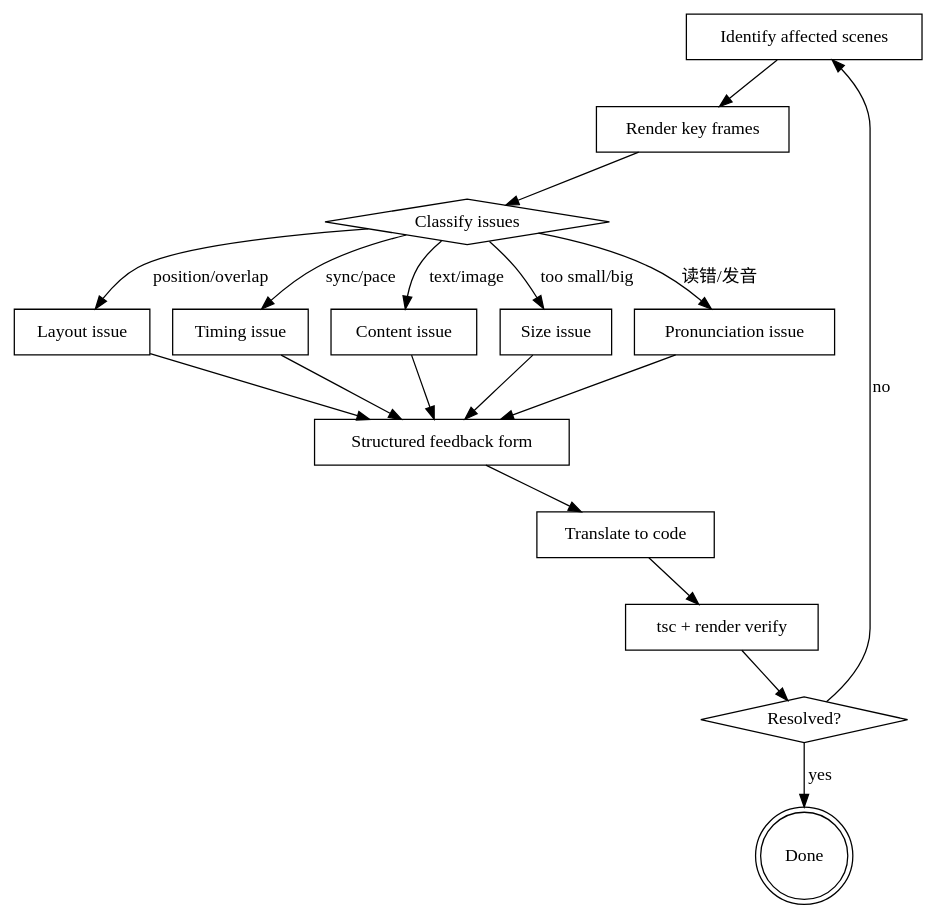
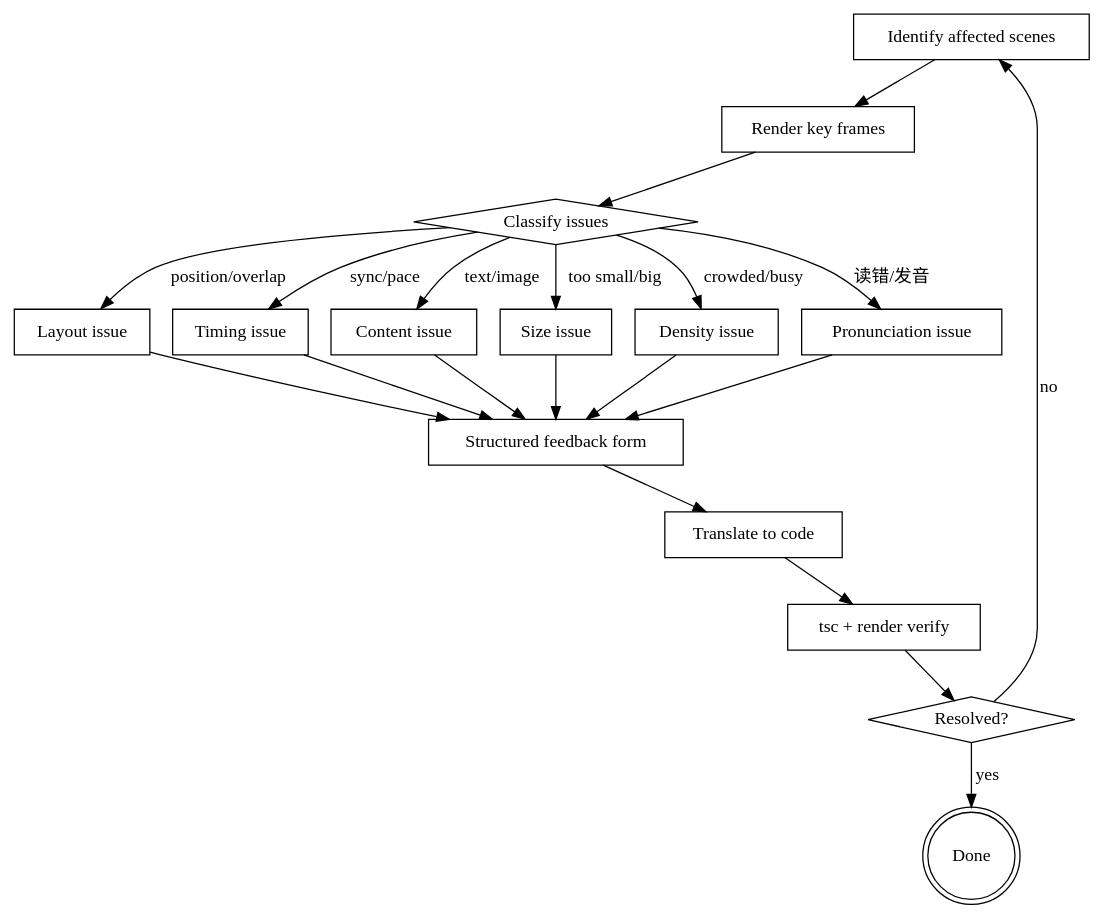
Before and after one commit to zhushanwen321/useful-dev-tools: the diagram in claude-code-tool/skills/remotion-video-review/SKILL.md, drawn with Graphviz. The commit also changed other lines of this file and 5 other files, not shown here.

````diff
--- a/claude-code-tool/skills/remotion-video-review/SKILL.md
+++ b/claude-code-tool/skills/remotion-video-review/SKILL.md
@@ -30,36 +32,39 @@
 ```dot
 digraph review {
     rankdir=TB;
     "Identify affected scenes" [shape=box];
     "Render key frames" [shape=box];
     "Classify issues" [shape=diamond];
     "Layout issue" [shape=box];
     "Timing issue" [shape=box];
     "Content issue" [shape=box];
     "Size issue" [shape=box];
+    "Density issue" [shape=box];
     "Pronunciation issue" [shape=box];
     "Structured feedback form" [shape=box];
     "Translate to code" [shape=box];
     "tsc + render verify" [shape=box];
     "Resolved?" [shape=diamond];
     "Done" [shape=doublecircle];
 
     "Identify affected scenes" -> "Render key frames";
     "Render key frames" -> "Classify issues";
     "Classify issues" -> "Layout issue" [label="position/overlap"];
     "Classify issues" -> "Timing issue" [label="sync/pace"];
     "Classify issues" -> "Content issue" [label="text/image"];
     "Classify issues" -> "Size issue" [label="too small/big"];
+    "Classify issues" -> "Density issue" [label="crowded/busy"];
     "Classify issues" -> "Pronunciation issue" [label="读错/发音"];
     "Layout issue" -> "Structured feedback form";
     "Timing issue" -> "Structured feedback form";
     "Content issue" -> "Structured feedback form";
     "Size issue" -> "Structured feedback form";
+    "Density issue" -> "Structured feedback form";
     "Pronunciation issue" -> "Structured feedback form";
     "Structured feedback form" -> "Translate to code";
     "Translate to code" -> "tsc + render verify";
     "tsc + render verify" -> "Resolved?";
     "Resolved?" -> "Identify affected scenes" [label="no"];
     "Resolved?" -> "Done" [label="yes"];
 }
 ```
````
